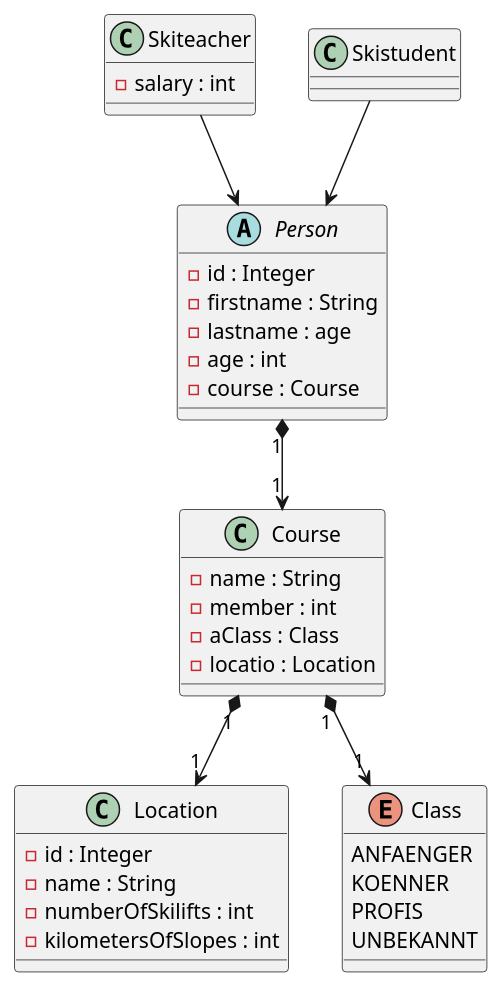
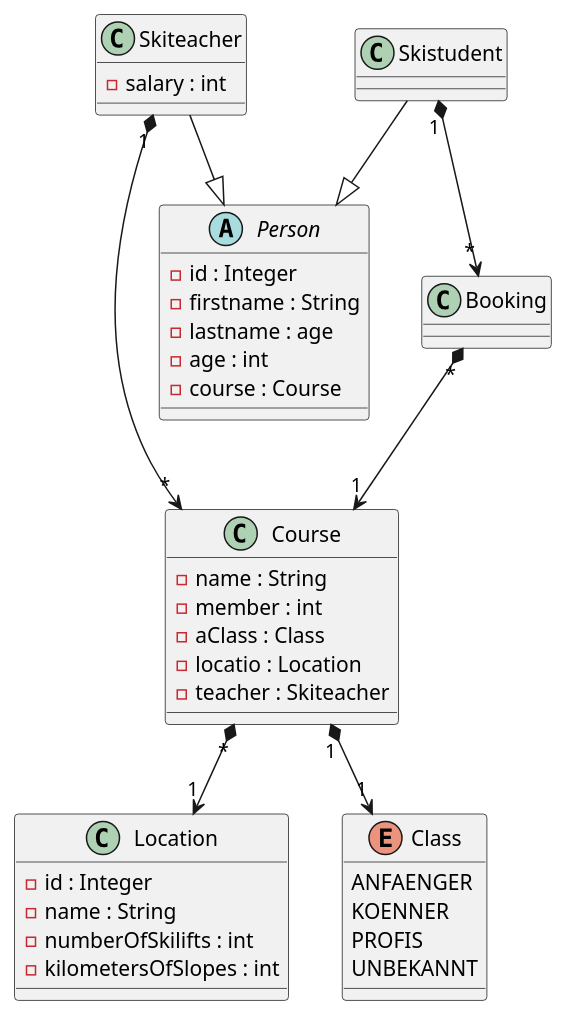
One commit to Primetzvan/java-microproject-cdi changed the diagram in asciidocs/plantuml/cld.puml. Above: the diagram before and after it, drawn with PlantUML. The commit also changed 23 other files, not shown here.

```diff
--- a/asciidocs/plantuml/cld.puml
+++ b/asciidocs/plantuml/cld.puml
@@ -1,105 +1,111 @@
 @startuml
 
 abstract class Person {
 - id : Integer
 - firstname : String
 - lastname : age
 - age : int
 - course : Course
 }
 
 class Skiteacher {
 - salary : int
 }
 
 class Skistudent{
 }
 
 class Course{
 - name : String
 - member : int
 - aClass : Class
 - locatio : Location
+- teacher : Skiteacher
 }
 
 class Location{
 - id : Integer
 - name : String
 - numberOfSkilifts : int
 - kilometersOfSlopes : int
+}
+
+class Booking{
 }
 
 'class SkistudentRepository{
 '+ skistudentList : List<Skistudent>
 '}
 '
 'class SkiteacherRepository{
 '+ skiteacherList : List<Skiteacher>
 '}
 '
 'class CourseRepository{
 '+ courseList : List<Course>
 '}
 '
 'class LocationRepository{
 '+ locationList : List<Location>
 '}
 '
 'class SkistudentService{
 '+ repoCourse : CourseRepository
 '+ repoTeacher : SkiteacherRepository
 '+ repoStudent : SkistudentRepository
 '}
 '
 'class SkiteacherService{
 '+ repoCourse : CourseRepository
 '+ repoTeacher : SkiteacherRepository
 '+ repoStudent : SkistudentRepository
 '}
 '
 'class CourseService{
 '+ repoCourse : CourseRepository
 '+ repoTeacher : SkiteacherRepository
 '+ repoStudent : SkistudentRepository
 '}
 '
 'class LocationService{
 '+ repoLocation : LocationRepository
 '}
 
 'interface Repository
 
 enum Class {
 ANFAENGER
 KOENNER
 PROFIS
 UNBEKANNT
 }
 
-Person "1" *--> "1" Course
-Skiteacher --> Person
-Skistudent --> Person
+Skiteacher "1" *--> "*" Course
+Skistudent "1" *--> "*" Booking
+Booking "*" *--> "1" Course
+Skiteacher --|> Person
+Skistudent --|> Person
 'SkiteacherRepository --> Repository
 'SkistudentRepository --> Repository
 'LocationRepository --> Repository
 Course "1" *--> "1" Class
-Course "1" *--> "1" Location
+Course "*" *--> "1" Location
 
 'SkiteacherRepository "1" *--> "*" Skiteacher
 'SkistudentRepository "1" *--> "*" Skistudent
 'CourseRepository "1" *--> "*" Course
 'LocationRepository "1" *--> "*" Location
 
 'SkiteacherService "1" *--> "1" SkiteacherRepository
 'SkiteacherService "1" *--> "1" CourseRepository
 
 'SkistudentService "1" *--> "1" SkistudentRepository
 'SkistudentService "1" *--> "1" CourseRepository
 
 'CourseService "1" *--> "1" CourseRepository
 'CourseService "1" *--> "1" LocationRepository
 '
 'LocationService "1" *--> "1" LocationRepository
 
 
 @enduml
```
